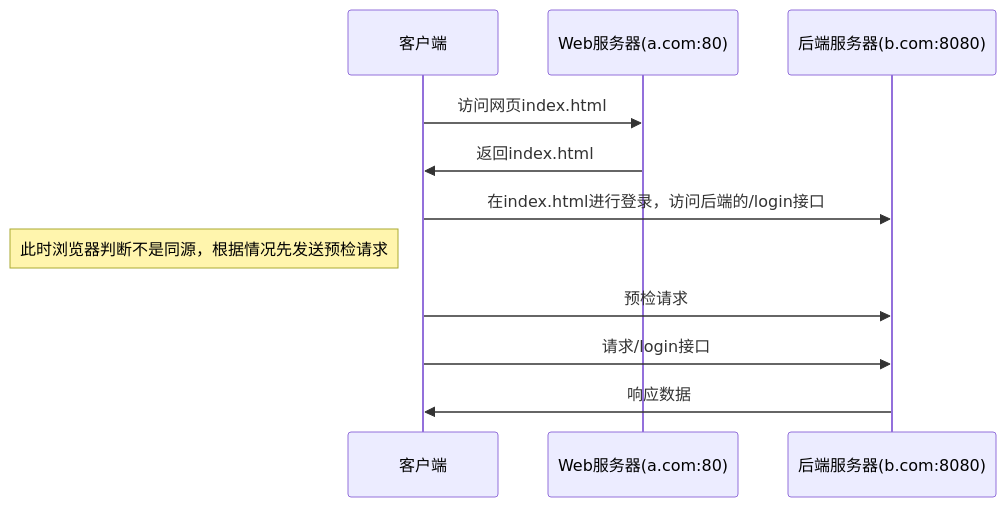
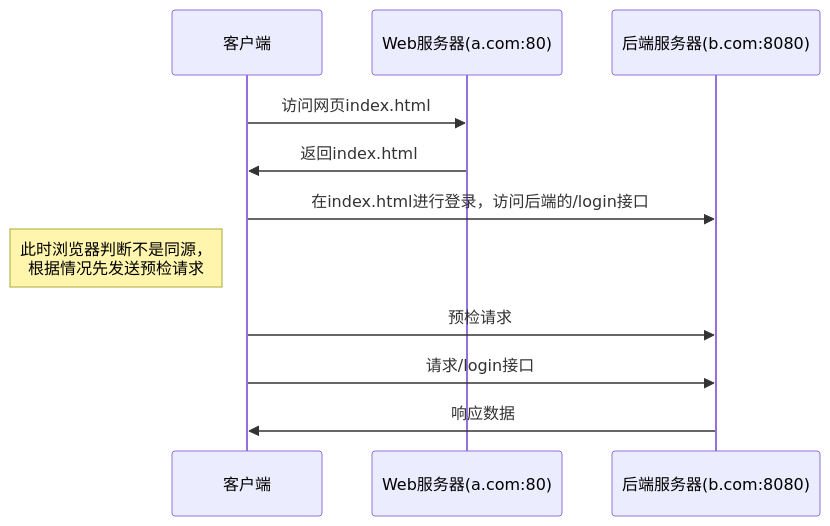
The eighth of 8 diagrams in java/jakartaee/servlet.md (follow1123/docs), drawn with Mermaid before and after one commit. The commit also changed other lines of this file and 1 other file, not shown here.

Commit message:
servlet: 修复图片问题，完善文档

````diff
--- a/java/jakartaee/servlet.md
+++ b/java/jakartaee/servlet.md
@@ -754,14 +757,14 @@
 ```mermaid
 sequenceDiagram
 participant client as 客户端
 participant webserver as Web服务器(a.com:80)
 participant server as 后端服务器(b.com:8080)
 
 client ->> webserver: 访问网页index.html
 webserver ->> client: 返回index.html
 client ->> server: 在index.html进行登录，访问后端的/login接口
-Note left of client: 此时浏览器判断不是同源，根据情况先发送预检请求
+Note left of client: 此时浏览器判断不是同源，<br />根据情况先发送预检请求
 client ->> server: 预检请求
 client ->> server: 请求/login接口
 server ->> client: 响应数据
 ```
````
